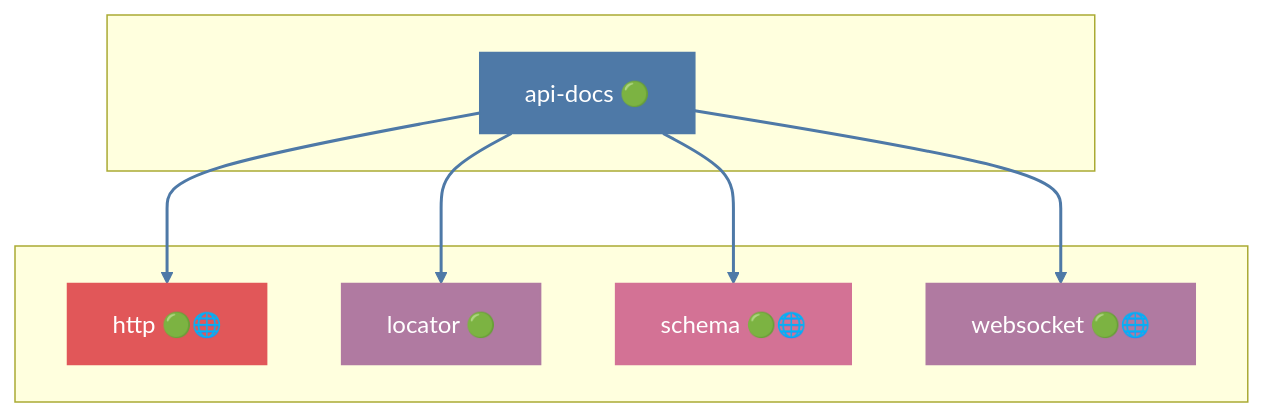
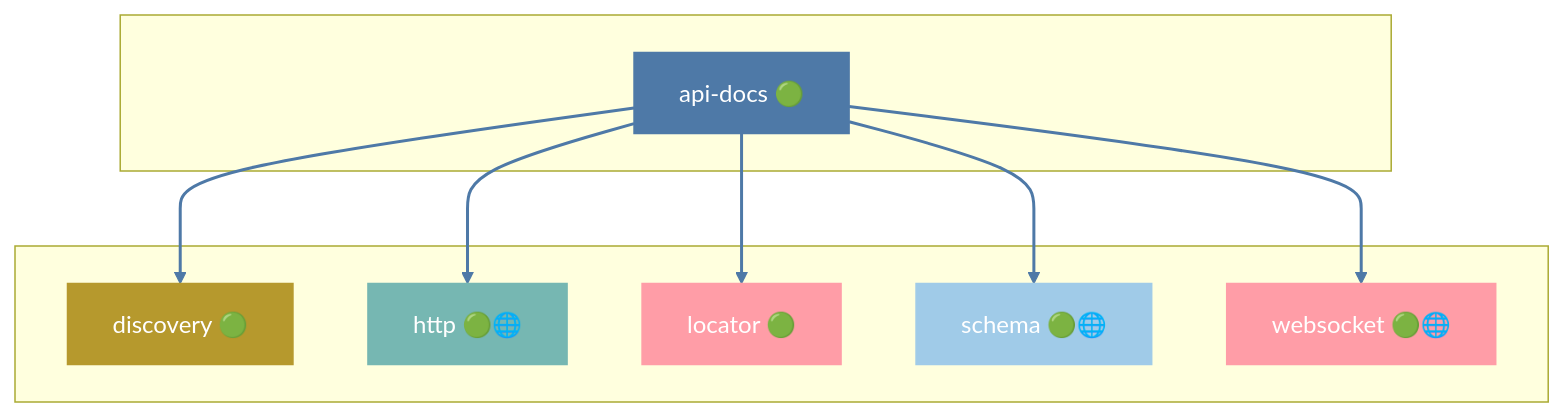
One commit to grest-ts/grest-ts changed the second of 45 diagrams in docs/DEPENDENCIES.md. Above: the diagram before and after it, drawn with Mermaid. The commit also changed other lines of this file and 6 other files, not shown here.

````diff
--- a/docs/DEPENDENCIES.md
+++ b/docs/DEPENDENCIES.md
@@ -401,25 +405,29 @@
 ```mermaid
 flowchart TB
     subgraph Package[" "]
         api-docs["api-docs 🟢"]
     end
     subgraph Dependencies[" "]
+        discovery["discovery 🟢"]
         http["http 🟢🌐"]
         locator["locator 🟢"]
         schema["schema 🟢🌐"]
         websocket["websocket 🟢🌐"]
     end
+    api-docs --> discovery
     api-docs --> http
     api-docs --> locator
     api-docs --> schema
     api-docs --> websocket
     style api-docs fill:#4E79A7,stroke:#4E79A7,color:#fff
-    style http fill:#E15759,stroke:#E15759,color:#fff
-    style locator fill:#B07AA1,stroke:#B07AA1,color:#fff
-    style schema fill:#D37295,stroke:#D37295,color:#fff
-    style websocket fill:#B07AA1,stroke:#B07AA1,color:#fff
+    style discovery fill:#B6992D,stroke:#B6992D,color:#fff
+    style http fill:#76B7B2,stroke:#76B7B2,color:#fff
+    style locator fill:#FF9DA7,stroke:#FF9DA7,color:#fff
+    style schema fill:#A0CBE8,stroke:#A0CBE8,color:#fff
+    style websocket fill:#FF9DA7,stroke:#FF9DA7,color:#fff
     linkStyle 0 stroke:#4E79A7,stroke-width:2px
     linkStyle 1 stroke:#4E79A7,stroke-width:2px
     linkStyle 2 stroke:#4E79A7,stroke-width:2px
     linkStyle 3 stroke:#4E79A7,stroke-width:2px
+    linkStyle 4 stroke:#4E79A7,stroke-width:2px
 ```
````
